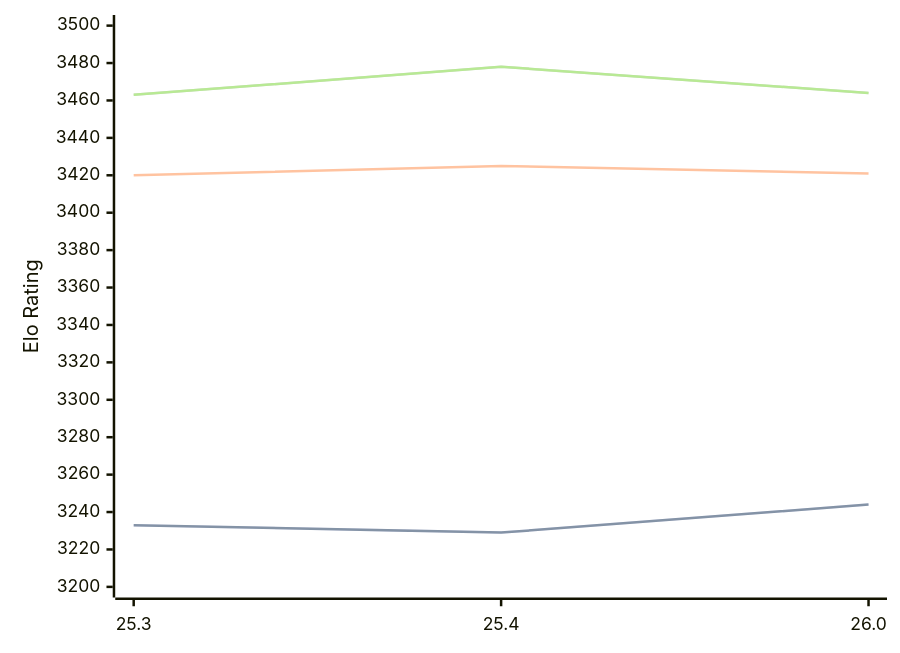
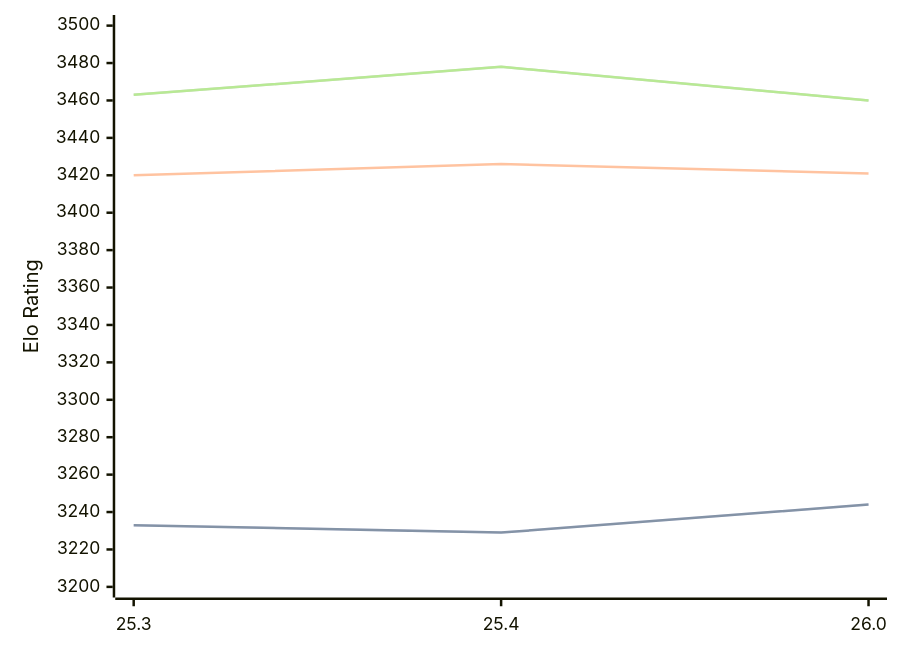
The diagram in engines/Arasan.md (computer-chess-index/cci), drawn with Mermaid before and after one commit. The commit also changed other lines of this file, not shown here.

Commit message:
Update CCI Ratings (ELO VLTC) - 2026-08-01

````diff
--- a/engines/Arasan.md
+++ b/engines/Arasan.md
@@ -34,11 +34,11 @@
 ```mermaid
 %%{init: {"theme":"base","themeVariables":{"seriesColors:['#a3a3a3','#222221','#faa371']}}}%%
 xychart-beta
   x-axis ["25.3", "25.4", "26.0"]
   y-axis "Elo Rating" 3200 --> 3500
   line "STC (8.0+0.08s)" [3233, 3229, 3244]
   line "STC (8.0+0.08s)" [3233, 3229, 3244]
-  line "LTC (60.0+0.60s)" [3420, 3425, 3421]
-  line "VLTC (2m24s+1.12s)" [3463, 3478, 3464]
-  line "VLTC (2m24s+1.12s)" [3463, 3478, 3464]
+  line "LTC (60.0+0.60s)" [3420, 3426, 3421]
+  line "VLTC (2m24s+1.12s)" [3463, 3478, 3460]
+  line "VLTC (2m24s+1.12s)" [3463, 3478, 3460]
 ```
````
